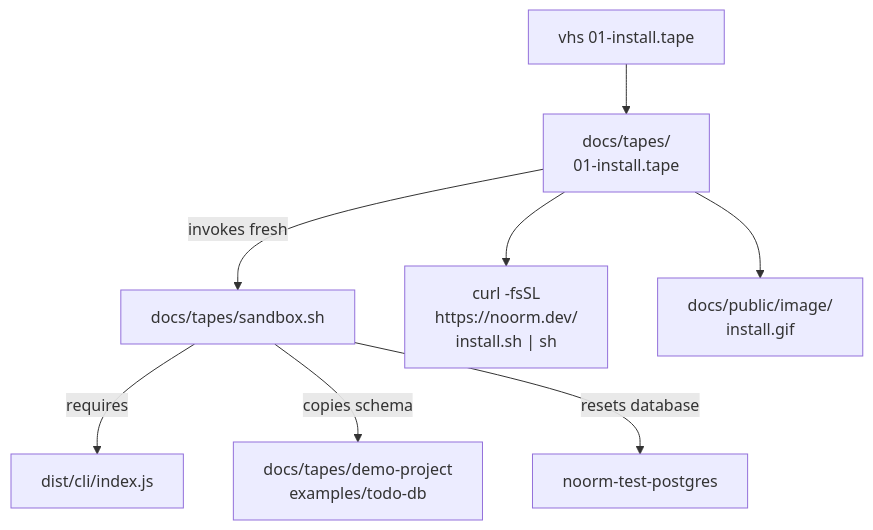
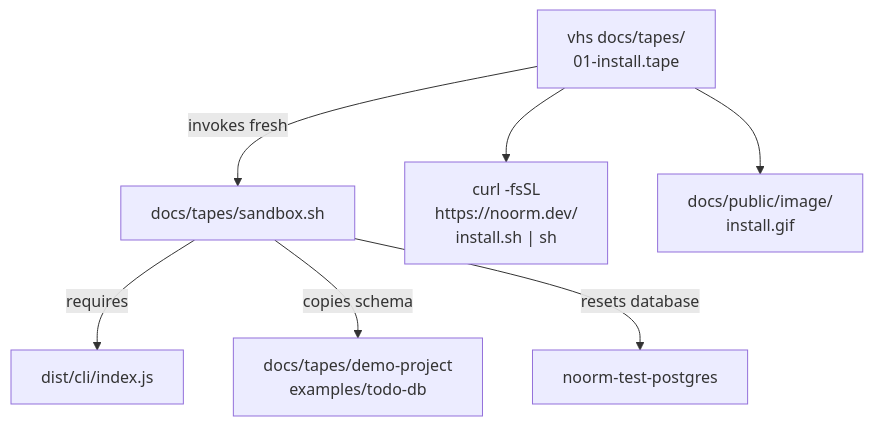
The fifth of 5 diagrams in docs/wiki/infra.md (noormdev/noorm), drawn with Mermaid before and after one commit. The commit also changed other lines of this file and 349 other files, not shown here.

````diff
--- a/docs/wiki/infra.md
+++ b/docs/wiki/infra.md
@@ -151,11 +151,10 @@
 ```mermaid
 flowchart TD
     %% source: docs/tapes/README.md, docs/tapes/01-install.tape, docs/tapes/sandbox.sh
-    V["vhs 01-install.tape"] --> T["docs/tapes/<br/>01-install.tape"]
-    T -->|invokes fresh| S["docs/tapes/sandbox.sh"]
+    T["vhs docs/tapes/<br/>01-install.tape"] -->|invokes fresh| S["docs/tapes/sandbox.sh"]
     S -->|requires| C["dist/cli/index.js"]
     S -->|copies schema| D["docs/tapes/demo-project<br/>examples/todo-db"]
     S -->|resets database| P["noorm-test-postgres"]
     T --> I["curl -fsSL<br/>https://noorm.dev/<br/>install.sh | sh"]
     T --> O["docs/public/image/<br/>install.gif"]
 ```
````
